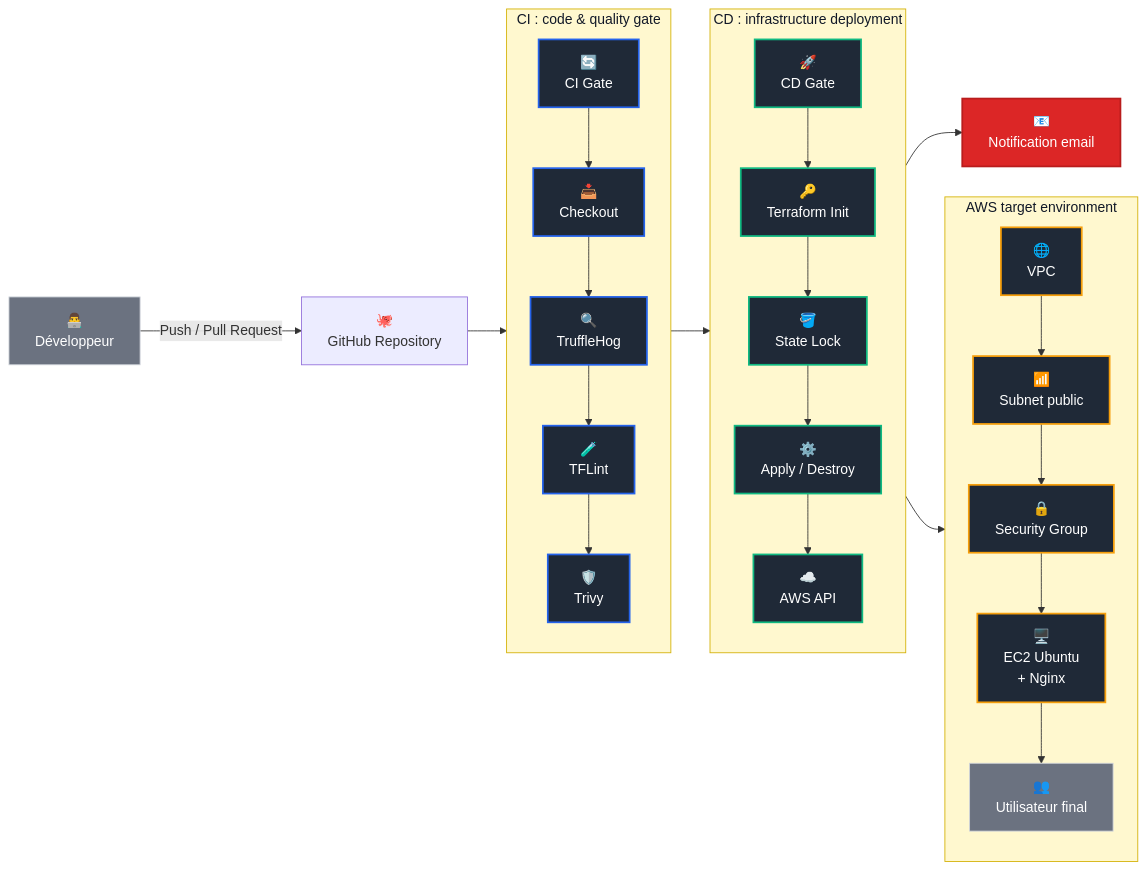
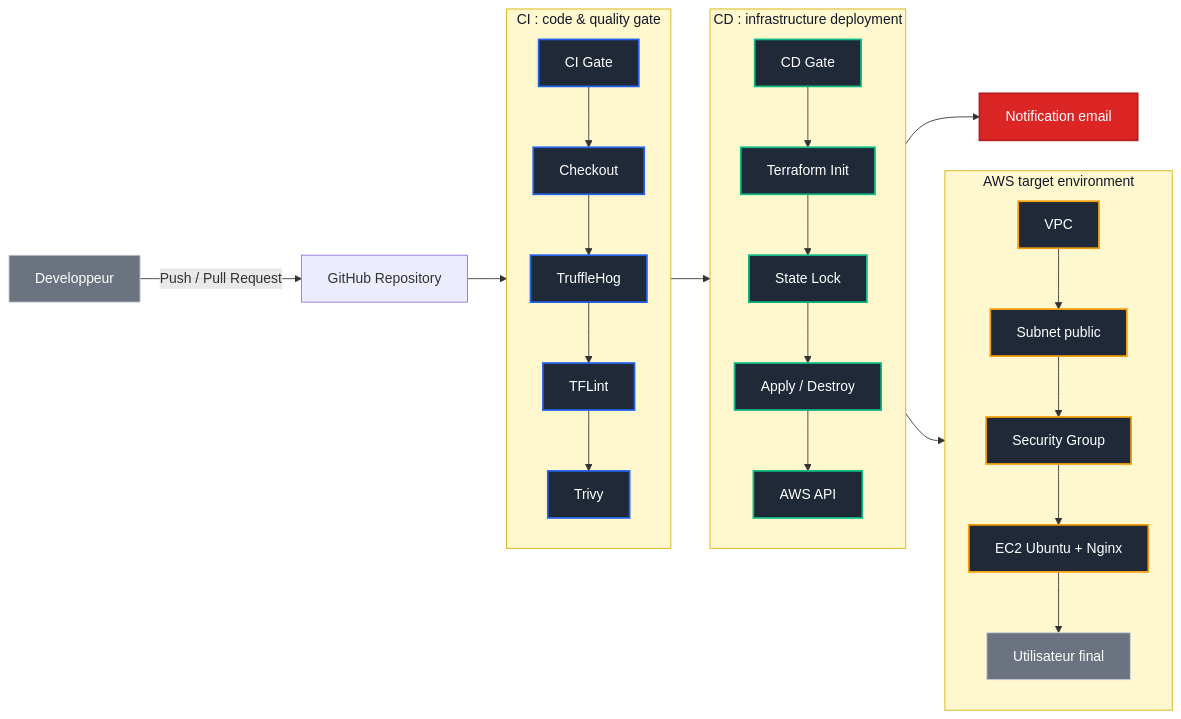
The diagram in README.md (mawed44/terraform_aws), drawn with Mermaid before and after one commit. The commit also changed other lines of this file, not shown here.

````diff
--- a/README.md
+++ b/README.md
@@ -52,42 +52,42 @@
 ```mermaid
 %%{init: {"flowchart": {"nodeSpacing": 35, "rankSpacing": 45, "curve": "basis"}}}%%
 flowchart LR
-    Dev[👨‍💻<br/>Développeur] -->|Push / Pull Request| GH[🐙<br/>GitHub Repository] --> CI0
+    Dev[Developpeur] -->|Push / Pull Request| GH[GitHub Repository] --> CI0
 
     subgraph CI["CI : code & quality gate"]
         direction TB
-        CI0[🔄<br/>CI Gate] --> CI1[📥<br/>Checkout] --> CI2[🔍<br/>TruffleHog] --> CI3[🧪<br/>TFLint] --> CI4[🛡️<br/>Trivy]
+        CI0[CI Gate] --> CI1[Checkout] --> CI2[TruffleHog] --> CI3[TFLint] --> CI4[Trivy]
     end
 
     CI4 --> CD0
 
     subgraph CD["CD : infrastructure deployment"]
         direction TB
-        CD0[🚀<br/>CD Gate] --> CD1[🔑<br/>Terraform Init] --> CD2[🪣<br/>State Lock] --> CD3[⚙️<br/>Apply / Destroy] --> CD4[☁️<br/>AWS API]
+        CD0[CD Gate] --> CD1[Terraform Init] --> CD2[State Lock] --> CD3[Apply / Destroy] --> CD4[AWS API]
     end
 
     CD4 --> AWS0
 
     subgraph AWS["AWS target environment"]
         direction TB
-        AWS0[🌐<br/>VPC] --> AWS1[📶<br/>Subnet public] --> AWS2[🔒<br/>Security Group] --> AWS3[🖥️<br/>EC2 Ubuntu<br/>+ Nginx] --> User[👥<br/>Utilisateur final]
+        AWS0[VPC] --> AWS1[Subnet public] --> AWS2[Security Group] --> AWS3[EC2 Ubuntu + Nginx] --> User[Utilisateur final]
     end
 
-    CD3 --> Mail[📧<br/>Notification email]
+    CD3 --> Mail[Notification email]
 
     style CI fill:#fff8cf,stroke:#d4b106,stroke-width:1px,color:#111827
     style CD fill:#fff8cf,stroke:#d4b106,stroke-width:1px,color:#111827
     style AWS fill:#fff8cf,stroke:#d4b106,stroke-width:1px,color:#111827
 
     classDef ciStyle fill:#1f2937,stroke:#2563eb,stroke-width:2px,color:#fff;
     classDef cdStyle fill:#1f2937,stroke:#10b981,stroke-width:2px,color:#fff;
     classDef awsStyle fill:#1f2937,stroke:#f59e0b,stroke-width:2px,color:#fff;
     classDef devStyle fill:#6b7280,stroke:#d1d5db,stroke-width:1px,color:#fff;
     classDef mailStyle fill:#dc2626,stroke:#b91c1c,stroke-width:2px,color:#fff;
 
     class Dev,User devStyle;
     class CI0,CI1,CI2,CI3,CI4 ciStyle;
     class CD0,CD1,CD2,CD3,CD4 cdStyle;
     class AWS0,AWS1,AWS2,AWS3 awsStyle;
     class Mail mailStyle;
 ```
````
